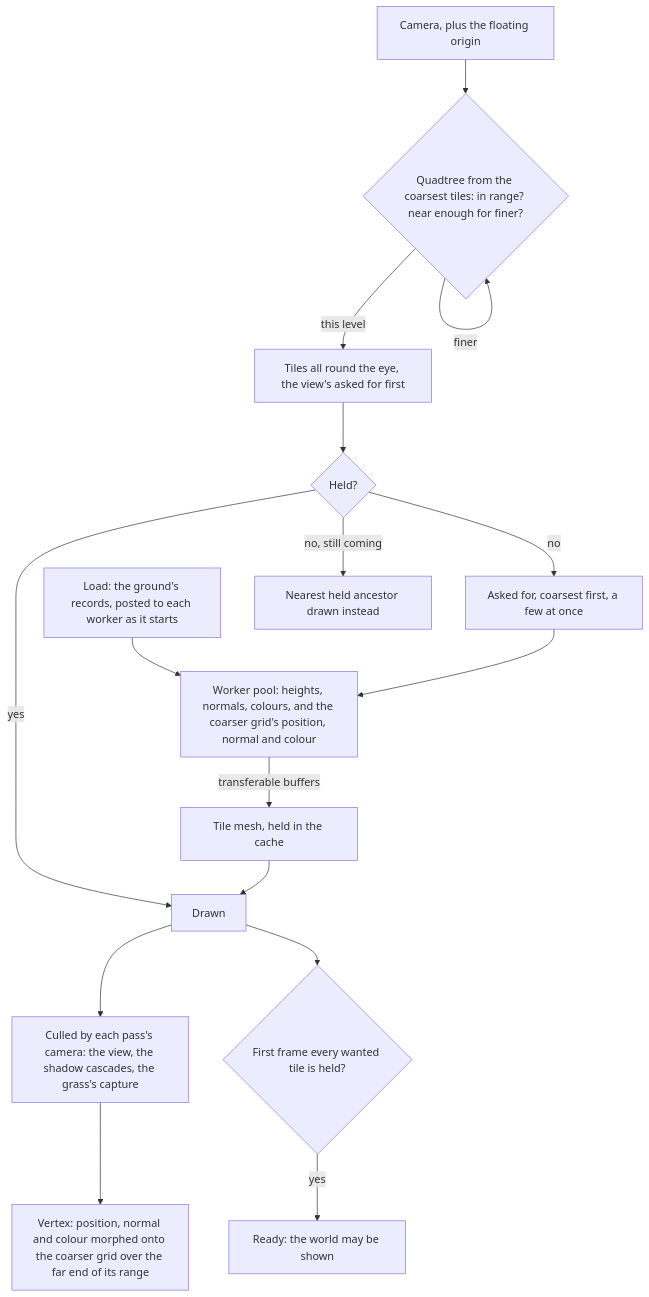
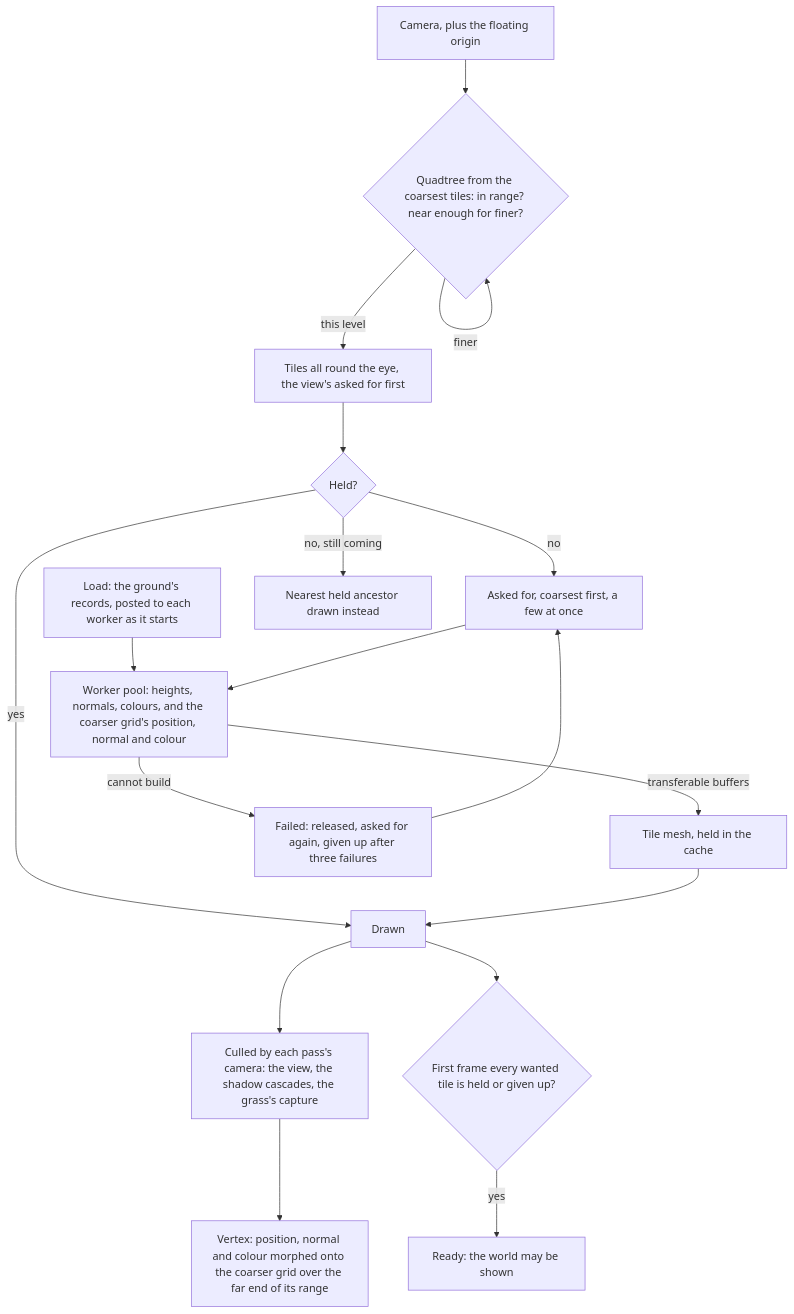
One commit to Esposter/Esposter changed the diagram in apps/web/content/docs/genshin/terrain.md. Above: the diagram before and after it, drawn with Mermaid. The commit also changed other lines of this file and 11 other files, not shown here.

First line of the commit message:
fix(genshin-world): a lost terrain tile is released and retried, and no compile failure holds the world's ready

````diff
--- a/apps/web/content/docs/genshin/terrain.md
+++ b/apps/web/content/docs/genshin/terrain.md
@@ -12,18 +12,20 @@
 ```mermaid
 flowchart TD
   CAM[Camera, plus the floating origin] --> QT{Quadtree from the coarsest tiles: in range? near enough for finer?}
   QT -->|finer| QT
   QT -->|this level| W[Tiles all round the eye, the view's asked for first]
   W --> ST{Held?}
   ST -->|no| REQ[Asked for, coarsest first, a few at once]
   LOAD[Load: the ground's records, posted to each worker as it starts] --> WK
   REQ --> WK[Worker pool: heights, normals, colours, and the coarser grid's position, normal and colour]
   WK -->|transferable buffers| M[Tile mesh, held in the cache]
+  WK -->|cannot build| F[Failed: released, asked for again, given up after three failures]
+  F --> REQ
   ST -->|yes| D[Drawn]
   ST -->|no, still coming| A[Nearest held ancestor drawn instead]
   M --> D
   D --> CULL[Culled by each pass's camera: the view, the shadow cascades, the grass's capture]
   CULL --> VS[Vertex: position, normal and colour morphed onto the coarser grid over the far end of its range]
-  D --> RD{First frame every wanted tile is held?}
+  D --> RD{First frame every wanted tile is held or given up?}
   RD -->|yes| READY[Ready: the world may be shown]
 ```
````
